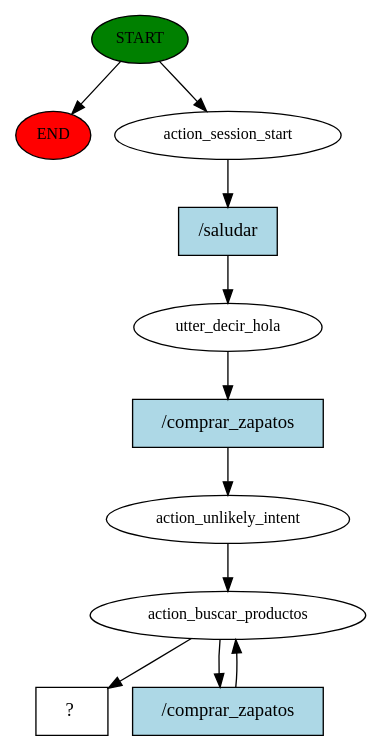
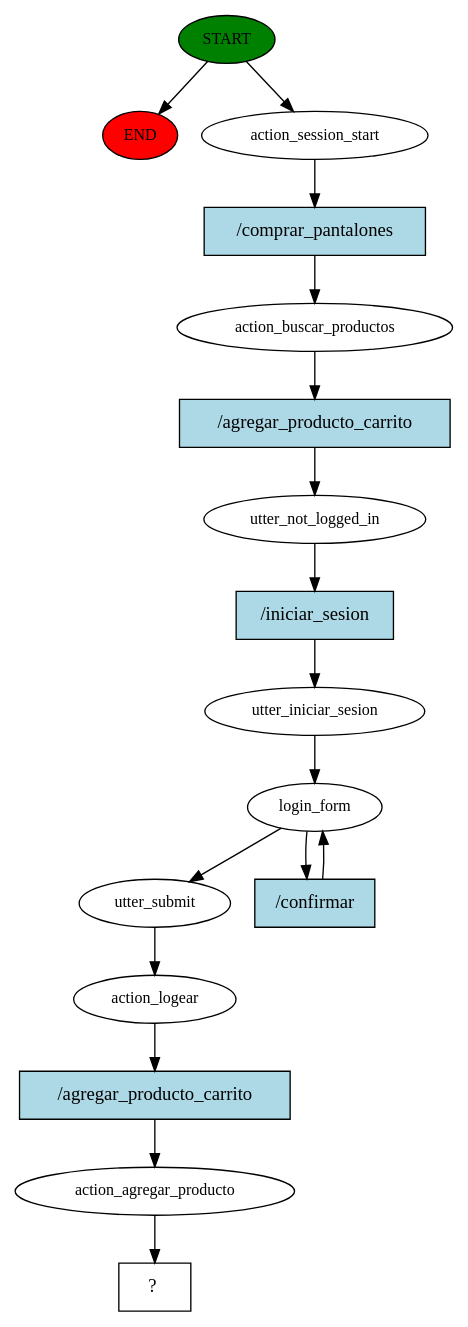
The diagram in story_graph.dot (Daniel45450/chatbot_exploratoria), drawn with Graphviz before and after one commit. The commit also changed 10 other files, not shown here.

Commit message:
ahora se pueden agregar productos al carrito, correccion de errores

```diff
--- a/story_graph.dot
+++ b/story_graph.dot
@@ -1,22 +1,34 @@
 digraph  {
 0 [class="start active", fillcolor=green, fontsize=12, label=START, style=filled];
 "-1" [class=end, fillcolor=red, fontsize=12, label=END, style=filled];
 1 [class=active, fontsize=12, label=action_session_start];
-2 [class=active, fontsize=12, label=utter_decir_hola];
-3 [class=active, fontsize=12, label=action_unlikely_intent];
-4 [class=active, fontsize=12, label=action_buscar_productos];
-14 [class="intent dashed active", label="  ?  ", shape=rect];
-15 [class="intent active", fillcolor=lightblue, label="/saludar", shape=rect, style=filled];
-16 [class="intent active", fillcolor=lightblue, label="/comprar_zapatos", shape=rect, style=filled];
-17 [class="intent active", fillcolor=lightblue, label="/comprar_zapatos", shape=rect, style=filled];
+2 [class=active, fontsize=12, label=action_buscar_productos];
+3 [class=active, fontsize=12, label=utter_not_logged_in];
+4 [class=active, fontsize=12, label=utter_iniciar_sesion];
+5 [class=active, fontsize=12, label=login_form];
+8 [class=active, fontsize=12, label=utter_submit];
+9 [class=active, fontsize=12, label=action_logear];
+10 [class=active, fontsize=12, label=action_agregar_producto];
+11 [class="intent dashed active", label="  ?  ", shape=rect];
+12 [class="intent active", fillcolor=lightblue, label="/comprar_pantalones", shape=rect, style=filled];
+13 [class="intent active", fillcolor=lightblue, label="/agregar_producto_carrito", shape=rect, style=filled];
+14 [class="intent active", fillcolor=lightblue, label="/iniciar_sesion", shape=rect, style=filled];
+15 [class="intent active", fillcolor=lightblue, label="/confirmar", shape=rect, style=filled];
+16 [class="intent active", fillcolor=lightblue, label="/agregar_producto_carrito", shape=rect, style=filled];
 0 -> "-1"  [class="", key=NONE, label=""];
 0 -> 1  [class=active, key=NONE, label=""];
-1 -> 15  [class=active, key=0];
-2 -> 16  [class=active, key=0];
-3 -> 4  [class=active, key=NONE, label=""];
-4 -> 14  [class=active, key=NONE, label=""];
-4 -> 17  [class=active, key=0];
-15 -> 2  [class=active, key=0];
-16 -> 3  [class=active, key=0];
-17 -> 4  [class=active, key=0];
+1 -> 12  [class=active, key=0];
+2 -> 13  [class=active, key=0];
+3 -> 14  [class=active, key=0];
+4 -> 5  [class=active, key=NONE, label=""];
+5 -> 8  [class=active, key=NONE, label=""];
+5 -> 15  [class=active, key=0];
+8 -> 9  [class=active, key=NONE, label=""];
+9 -> 16  [class=active, key=0];
+10 -> 11  [class=active, key=NONE, label=""];
+12 -> 2  [class=active, key=0];
+13 -> 3  [class=active, key=0];
+14 -> 4  [class=active, key=0];
+15 -> 5  [class=active, key=0];
+16 -> 10  [class=active, key=0];
 }
```
